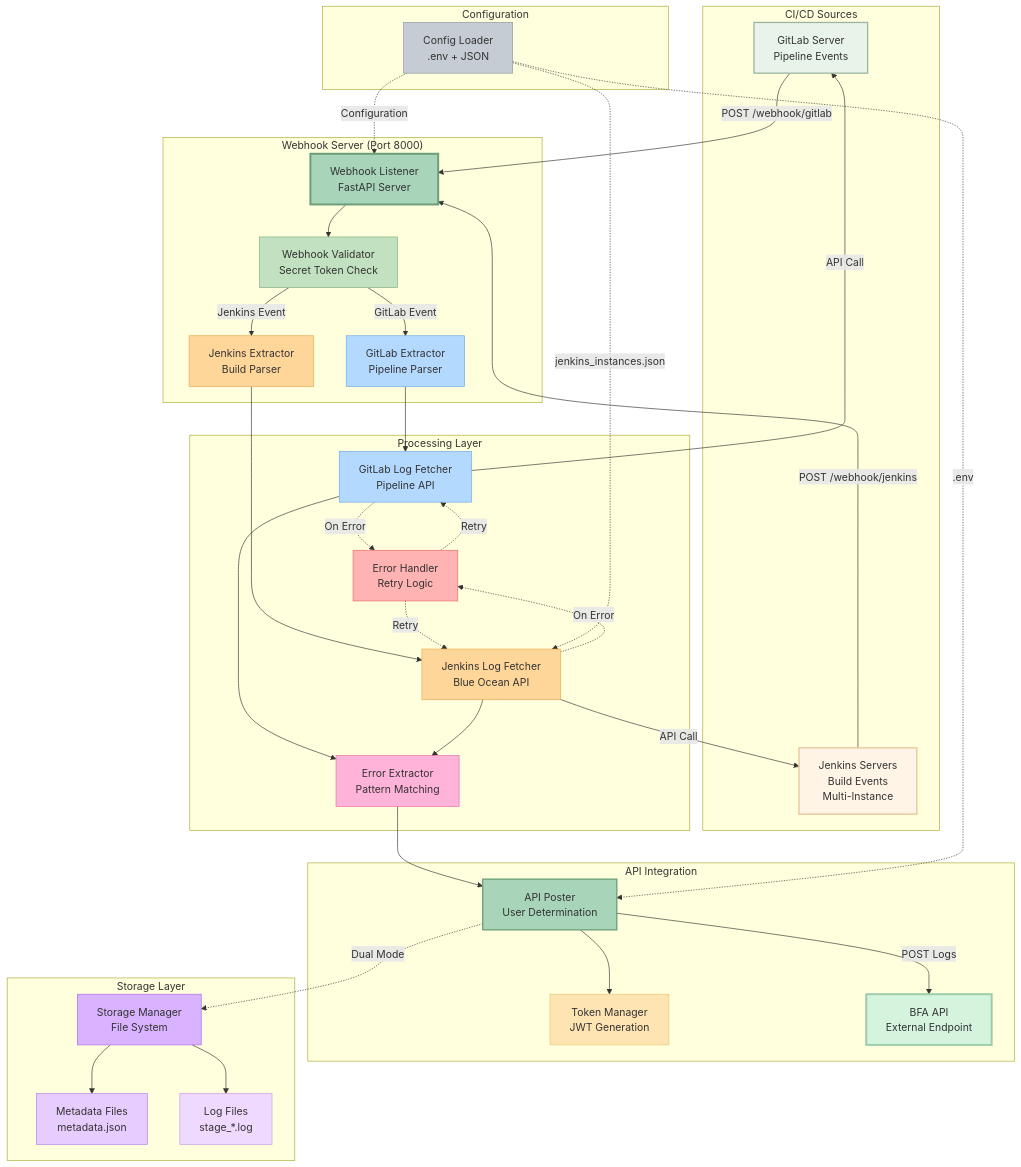
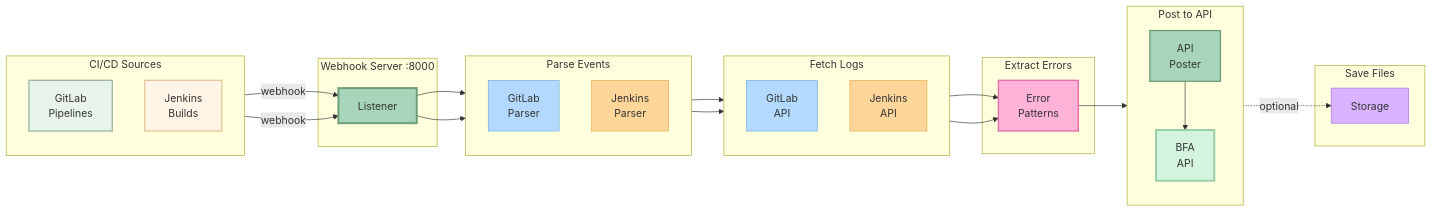
One commit to vigneshpalanivelr/extract-build-logs changed the first of 2 diagrams in README.md. Above: the diagram before and after it, drawn with Mermaid.

Commit message:
Simplify README System Architecture Diagram for clarity
Reorganized diagram for better readability:
- Changed from top-bottom (TB) to left-right (LR) flowchart
- Simplified component names and removed excessive details
- Clear 7-stage flow: Sources → Server → Parse → Fetch → Extract → Post → Store
- Removed confusing connections and retry logic details
- Cleaner subgraph organization with direction TB where needed
- Shows main flow with optional storage clearly marked

Result: Clean, easy-to-follow diagram showing GitLab/Jenkins → BFA API flow

````diff
--- a/README.md
+++ b/README.md
@@ -66,88 +66,62 @@
 ```mermaid
-graph TB
-    subgraph "CI/CD Sources"
-        GL[GitLab Server<br/>Pipeline Events]
-        JK[Jenkins Servers<br/>Build Events<br/>Multi-Instance]
+flowchart LR
+    subgraph Sources["CI/CD Sources"]
+        direction TB
+        GL[GitLab<br/>Pipelines]
+        JK[Jenkins<br/>Builds]
     end
 
-    subgraph "Webhook Server (Port 8000)"
-        WH[Webhook Listener<br/>FastAPI Server]
-        VAL[Webhook Validator<br/>Secret Token Check]
-        GLPARSE[GitLab Extractor<br/>Pipeline Parser]
-        JKPARSE[Jenkins Extractor<br/>Build Parser]
+    subgraph Server["Webhook Server :8000"]
+        WH[Listener]
     end
 
-    subgraph "Processing Layer"
-        GLFETCH[GitLab Log Fetcher<br/>Pipeline API]
-        JKFETCH[Jenkins Log Fetcher<br/>Blue Ocean API]
-        ERREXT[Error Extractor<br/>Pattern Matching]
-        RETRY[Error Handler<br/>Retry Logic]
+    subgraph Parse["Parse Events"]
+        direction TB
+        GLP[GitLab<br/>Parser]
+        JKP[Jenkins<br/>Parser]
     end
 
-    subgraph "API Integration"
-        APIPOSTER[API Poster<br/>User Determination]
-        TOKENMGR[Token Manager<br/>JWT Generation]
-        BFA[BFA API<br/>External Endpoint]
+    subgraph Fetch["Fetch Logs"]
+        direction TB
+        GLF[GitLab<br/>API]
+        JKF[Jenkins<br/>API]
     end
 
-    subgraph "Storage Layer"
-        STORE[Storage Manager<br/>File System]
-        META[Metadata Files<br/>metadata.json]
-        LOGS[Log Files<br/>stage_*.log]
+    subgraph Extract["Extract Errors"]
+        ERR[Error<br/>Patterns]
     end
 
-    subgraph "Configuration"
-        CONFIG[Config Loader<br/>.env + JSON]
+    subgraph Post["Post to API"]
+        direction TB
+        API[API<br/>Poster]
+        BFA[BFA<br/>API]
     end
 
-    GL -->|POST /webhook/gitlab| WH
-    JK -->|POST /webhook/jenkins| WH
+    subgraph Store["Save Files"]
+        SAVE[Storage]
+    end
 
-    WH --> VAL
-    VAL -->|GitLab Event| GLPARSE
-    VAL -->|Jenkins Event| JKPARSE
-
-    GLPARSE --> GLFETCH
-    JKPARSE --> JKFETCH
-
-    GLFETCH -->|API Call| GL
-    JKFETCH -->|API Call| JK
-
-    GLFETCH -.->|On Error| RETRY
-    JKFETCH -.->|On Error| RETRY
-    RETRY -.->|Retry| GLFETCH
-    RETRY -.->|Retry| JKFETCH
-
-    GLFETCH --> ERREXT
-    JKFETCH --> ERREXT
-
-    ERREXT --> APIPOSTER
-    APIPOSTER --> TOKENMGR
-    APIPOSTER -->|POST Logs| BFA
-
-    APIPOSTER -.->|Dual Mode| STORE
-    STORE --> META
-    STORE --> LOGS
-
-    CONFIG -.->|Configuration| WH
-    CONFIG -.->|jenkins_instances.json| JKFETCH
-    CONFIG -.->|.env| APIPOSTER
+    GL -->|webhook| WH
+    JK -->|webhook| WH
+    WH --> GLP
+    WH --> JKP
+    GLP --> GLF
+    JKP --> JKF
+    GLF --> ERR
+    JKF --> ERR
+    ERR --> API
+    API --> BFA
+    API -.->|optional| SAVE
 
     style GL fill:#e8f4ea,stroke:#9db5a0,stroke-width:2px
     style JK fill:#fff4e6,stroke:#e6c599,stroke-width:2px
     style WH fill:#a8d5ba,stroke:#6b9e78,stroke-width:3px
-    style VAL fill:#c1e1c1,stroke:#7eb07e
-    style GLPARSE fill:#b3d9ff,stroke:#6ba8e6
-    style JKPARSE fill:#ffd699,stroke:#e6a84d
-    style GLFETCH fill:#b3d9ff,stroke:#6ba8e6
-    style JKFETCH fill:#ffd699,stroke:#e6a84d
-    style ERREXT fill:#ffb3d9,stroke:#e66ba8
-    style RETRY fill:#ffb3b3,stroke:#e66b6b
-    style APIPOSTER fill:#a8d5ba,stroke:#6b9e78,stroke-width:2px
-    style TOKENMGR fill:#ffe4b3,stroke:#e6c56b
+    style GLP fill:#b3d9ff,stroke:#6ba8e6
+    style JKP fill:#ffd699,stroke:#e6a84d
+    style GLF fill:#b3d9ff,stroke:#6ba8e6
+    style JKF fill:#ffd699,stroke:#e6a84d
+    style ERR fill:#ffb3d9,stroke:#e66ba8,stroke-width:2px
+    style API fill:#a8d5ba,stroke:#6b9e78,stroke-width:2px
     style BFA fill:#d4f4dd,stroke:#9bcca8,stroke-width:3px
-    style STORE fill:#d9b3ff,stroke:#a86be6
-    style META fill:#e6ccff,stroke:#b380e6
-    style LOGS fill:#f0d9ff,stroke:#c699e6
-    style CONFIG fill:#c5ccd4,stroke:#8b95a1
+    style SAVE fill:#d9b3ff,stroke:#a86be6
 ```
````
